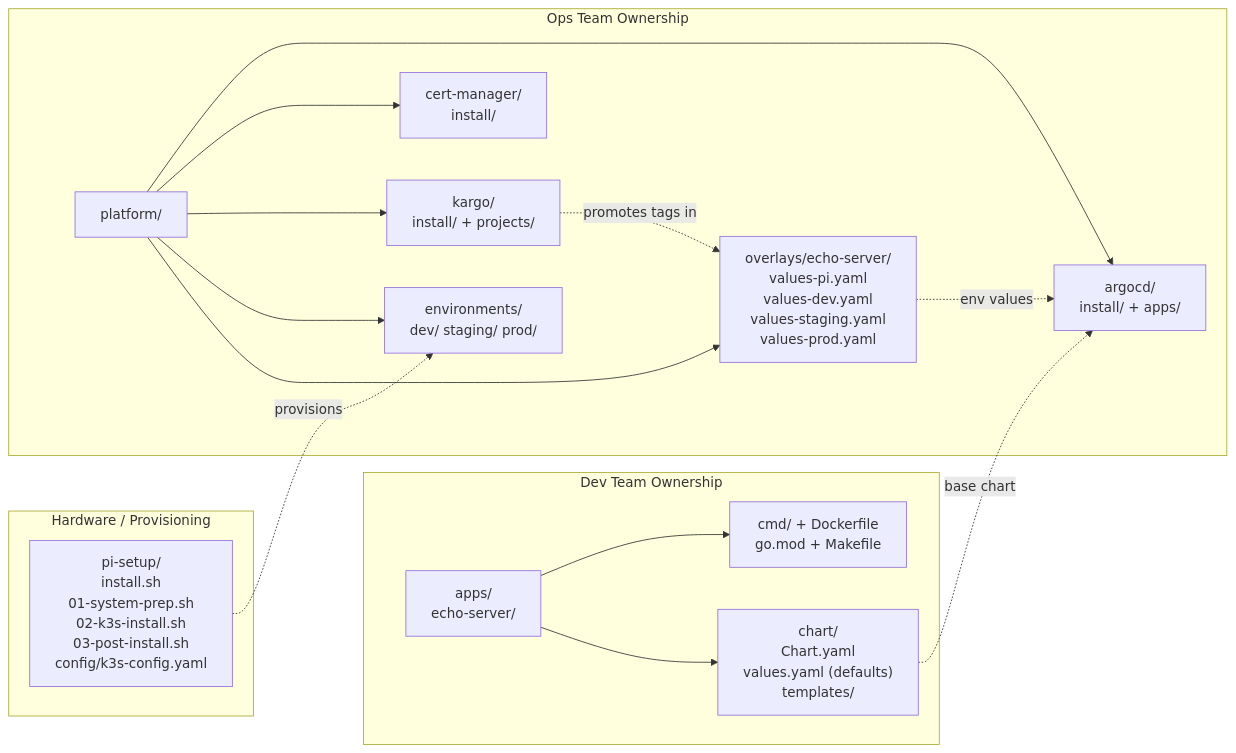
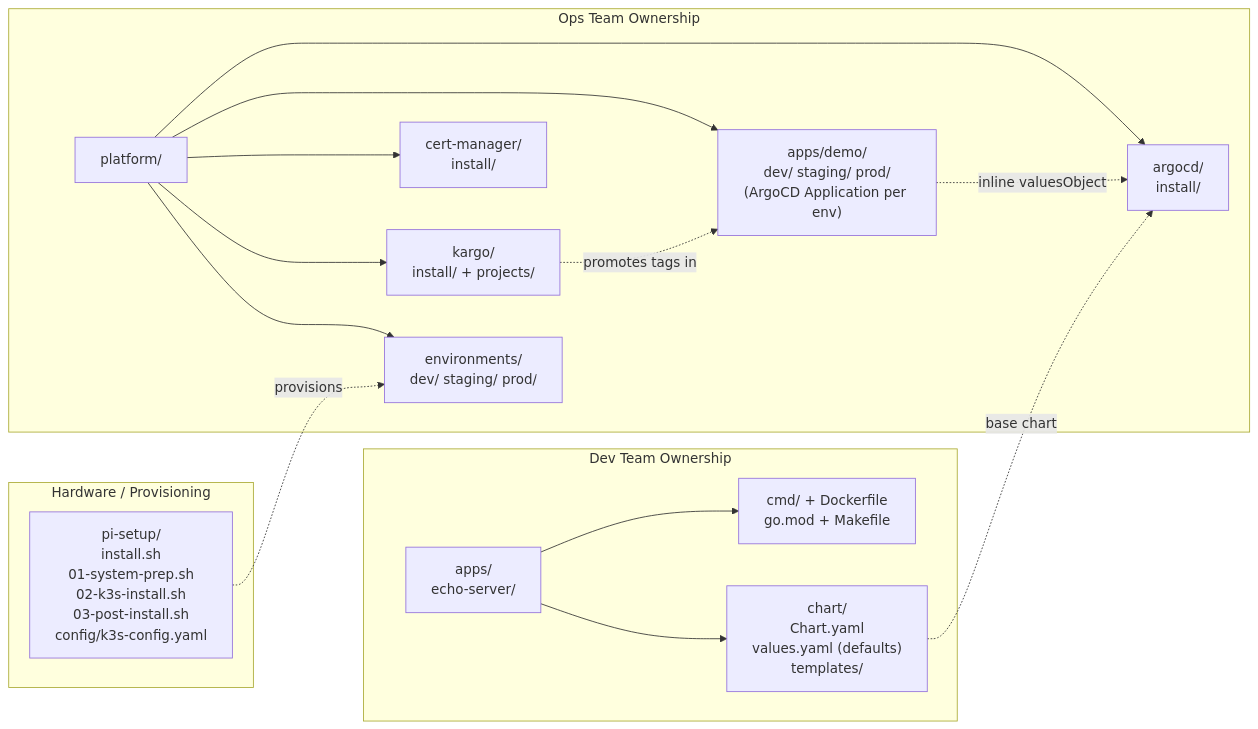
One commit to AaronRoethe/homelab changed the third of 3 diagrams in docs/infra/multi-environment-deployment.md. Above: the diagram before and after it, drawn with Mermaid. The commit also changed other lines of this file and 14 other files, not shown here.

````diff
--- a/docs/infra/multi-environment-deployment.md
+++ b/docs/infra/multi-environment-deployment.md
@@ -91,33 +90,33 @@
 ```mermaid
 graph LR
     subgraph dev_team["Dev Team Ownership"]
         apps["apps/<br/>echo-server/"]
         app_code["cmd/ + Dockerfile<br/>go.mod + Makefile"]
         app_chart["chart/<br/>Chart.yaml<br/>values.yaml (defaults)<br/>templates/"]
         apps --> app_code
         apps --> app_chart
     end
 
     subgraph ops_team["Ops Team Ownership"]
         platform["platform/"]
-        argocd_dir["argocd/<br/>install/ + apps/"]
+        argocd_dir["argocd/<br/>install/"]
+        app_defs_dir["apps/demo/<br/>dev/ staging/ prod/<br/>(ArgoCD Application per env)"]
         cert["cert-manager/<br/>install/"]
         kargo_dir["kargo/<br/>install/ + projects/"]
         envs["environments/<br/>dev/ staging/ prod/"]
-        overlays_dir["overlays/echo-server/<br/>values-pi.yaml<br/>values-dev.yaml<br/>values-staging.yaml<br/>values-prod.yaml"]
         platform --> argocd_dir
+        platform --> app_defs_dir
         platform --> cert
         platform --> kargo_dir
         platform --> envs
-        platform --> overlays_dir
     end
 
     subgraph hw_team["Hardware / Provisioning"]
         pi["pi-setup/<br/>install.sh<br/>01-system-prep.sh<br/>02-k3s-install.sh<br/>03-post-install.sh<br/>config/k3s-config.yaml"]
     end
 
     app_chart -.->|"base chart"| argocd_dir
-    overlays_dir -.->|"env values"| argocd_dir
-    kargo_dir -.->|"promotes tags in"| overlays_dir
+    app_defs_dir -.->|"inline valuesObject"| argocd_dir
+    kargo_dir -.->|"promotes tags in"| app_defs_dir
     pi -.->|"provisions"| envs
 ```
````
